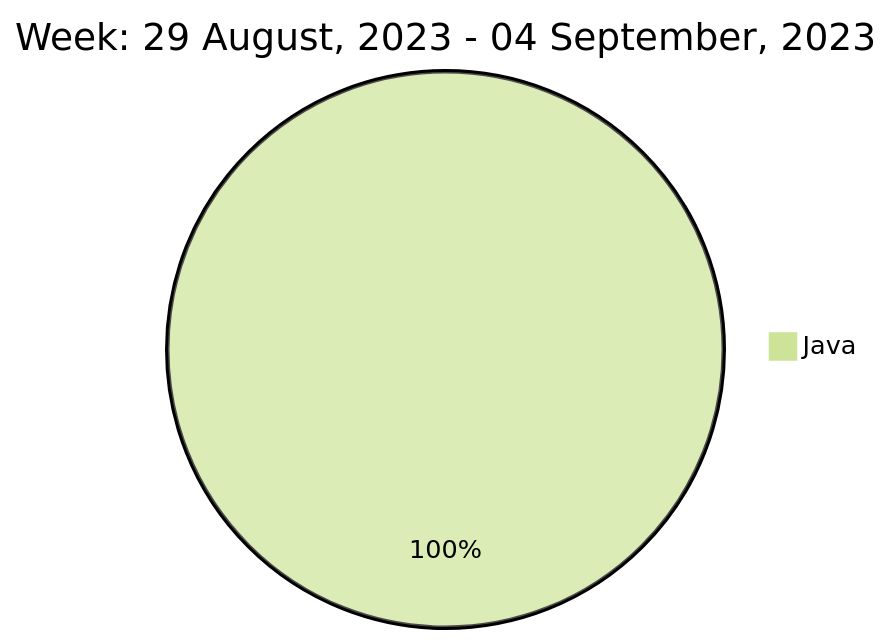
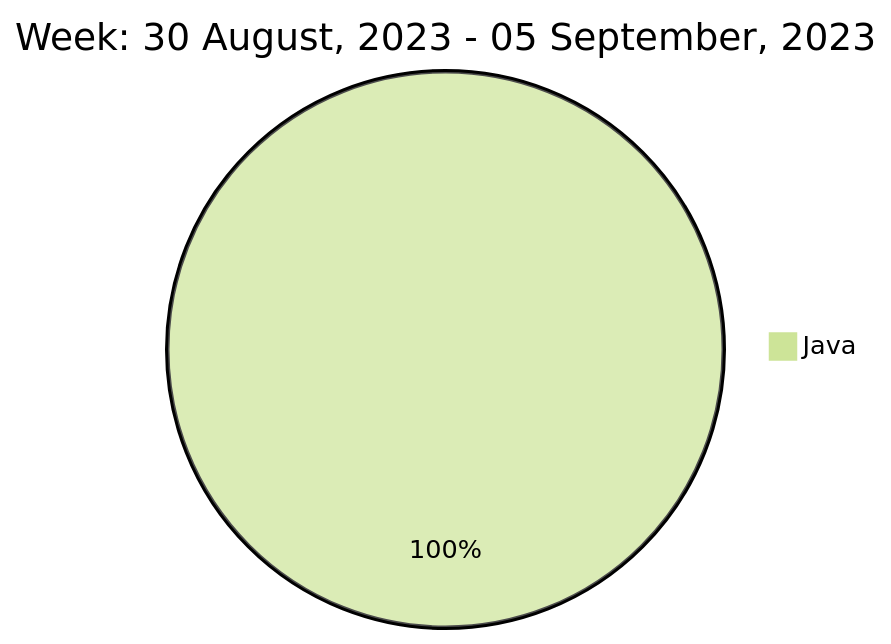
The diagram in README.md (liubin95/liubin95), drawn with Mermaid (forest theme) before and after one commit.

Commit message:
Updated the Graph with new Metrics

````diff
--- a/README.md
+++ b/README.md
@@ -40,5 +40,5 @@
 ```mermaid
  pie
-title Week: 29 August, 2023 - 04 September, 2023
- "Java" : 7.0
+title Week: 30 August, 2023 - 05 September, 2023
+ "Java" : 4.73
 ```
````
